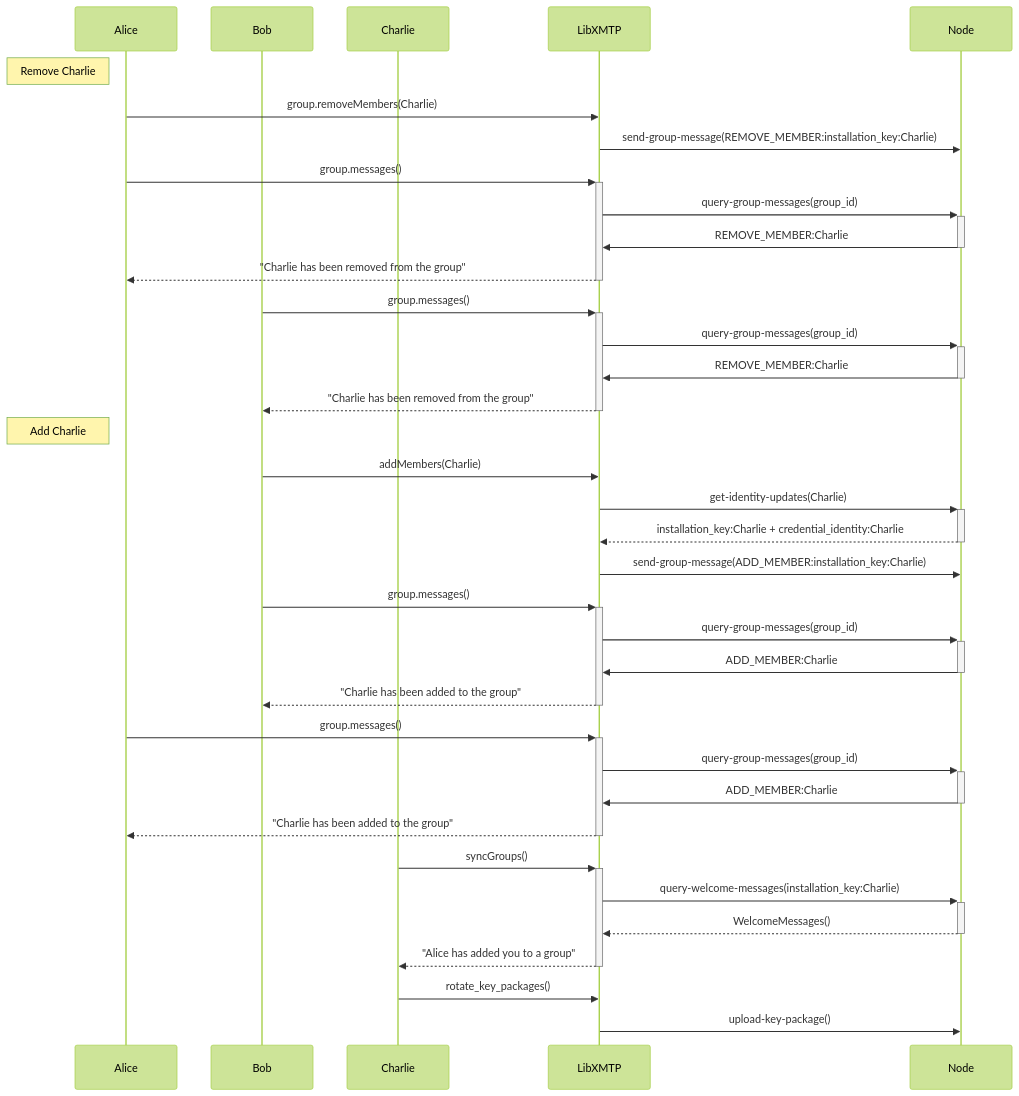
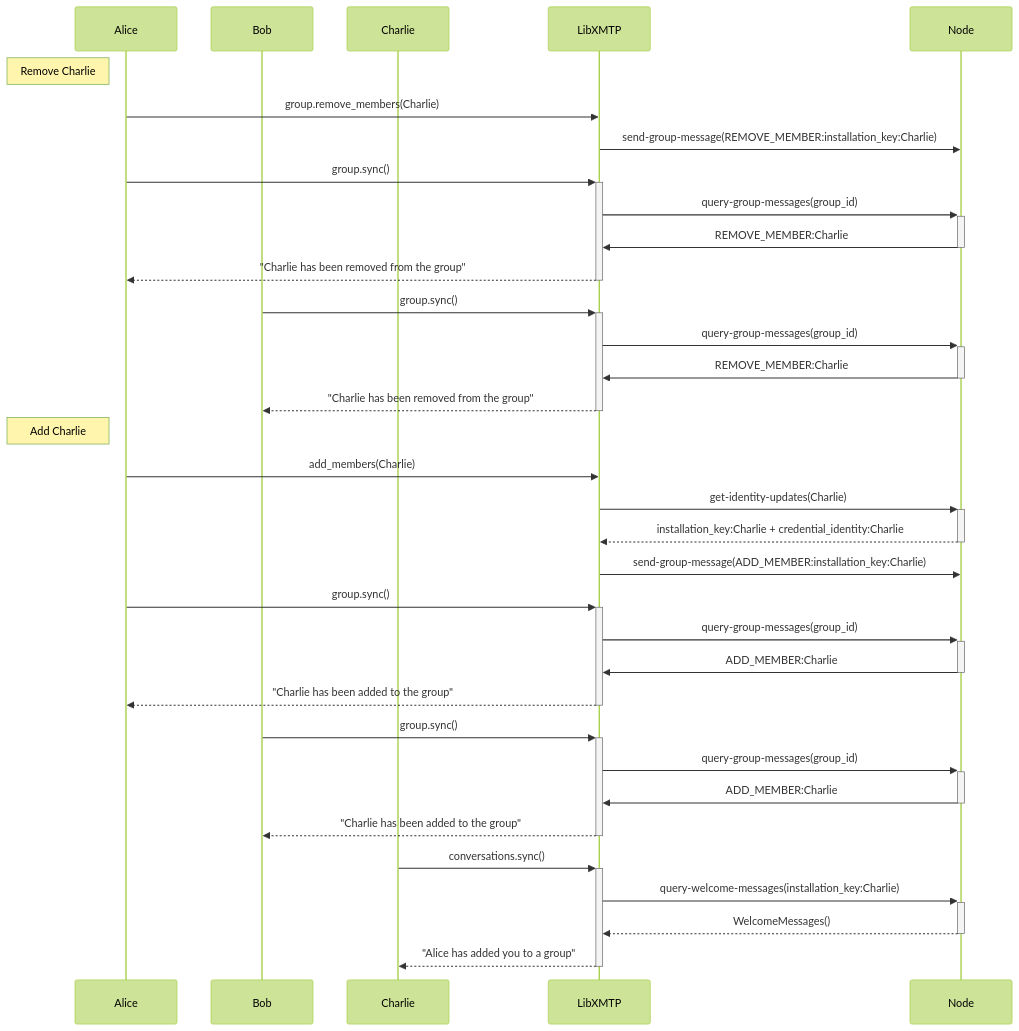
The third of 4 diagrams in diagrams/diagrams.md (xmtp/libxmtp), drawn with Mermaid (forest theme) before and after one commit. The commit also changed other lines of this file and 5 other files, not shown here.

````diff
--- a/diagrams/diagrams.md
+++ b/diagrams/diagrams.md
@@ -80,41 +92,39 @@
 ```mermaid
 sequenceDiagram
     participant Alice
     participant Bob
     participant Charlie
     participant LibXMTP
     participant Node
-    
+
     Note left of Alice: Remove Charlie
 
-    Alice->>LibXMTP: group.removeMembers(Charlie)
+    Alice->>LibXMTP: group.remove_members(Charlie)
     LibXMTP->>Node: send-group-message(REMOVE_MEMBER:installation_key:Charlie)
-    Alice->>+LibXMTP: group.messages()
+    Alice->>+LibXMTP: group.sync()
     LibXMTP->>+Node: query-group-messages(group_id)
     Node->>-LibXMTP: REMOVE_MEMBER:Charlie
     LibXMTP-->>-Alice: "Charlie has been removed from the group"
-    Bob->>+LibXMTP: group.messages()
+    Bob->>+LibXMTP: group.sync()
     LibXMTP->>+Node: query-group-messages(group_id)
     Node->>-LibXMTP: REMOVE_MEMBER:Charlie
     LibXMTP-->>-Bob: "Charlie has been removed from the group"
 
     Note left of Alice: Add Charlie
-    Bob->>LibXMTP: addMembers(Charlie)
+    Alice->>LibXMTP: add_members(Charlie)
     LibXMTP->>+Node: get-identity-updates(Charlie)
     Node-->>-LibXMTP: installation_key:Charlie + credential_identity:Charlie  
     LibXMTP->>Node: send-group-message(ADD_MEMBER:installation_key:Charlie)
-    Bob->>+LibXMTP: group.messages()
+    Alice->>+LibXMTP: group.sync()
+    LibXMTP->>+Node: query-group-messages(group_id)
+    Node->>-LibXMTP: ADD_MEMBER:Charlie
+    LibXMTP-->>-Alice: "Charlie has been added to the group"
+    Bob->>+LibXMTP: group.sync()
     LibXMTP->>+Node: query-group-messages(group_id)
     Node->>-LibXMTP: ADD_MEMBER:Charlie
     LibXMTP-->>-Bob: "Charlie has been added to the group"    
-    Alice->>+LibXMTP: group.messages()
-    LibXMTP->>+Node: query-group-messages(group_id)
-    Node->>-LibXMTP: ADD_MEMBER:Charlie
-    LibXMTP-->>-Alice: "Charlie has been added to the group"  
-    Charlie->>+LibXMTP: syncGroups()
+    Charlie->>+LibXMTP: conversations.sync()
     LibXMTP->>+Node: query-welcome-messages(installation_key:Charlie)
     Node-->>-LibXMTP: WelcomeMessages()
     LibXMTP-->>-Charlie: "Alice has added you to a group"   
-    Charlie->>LibXMTP: rotate_key_packages()
-    LibXMTP->>Node: upload-key-package()   
 ```
````
